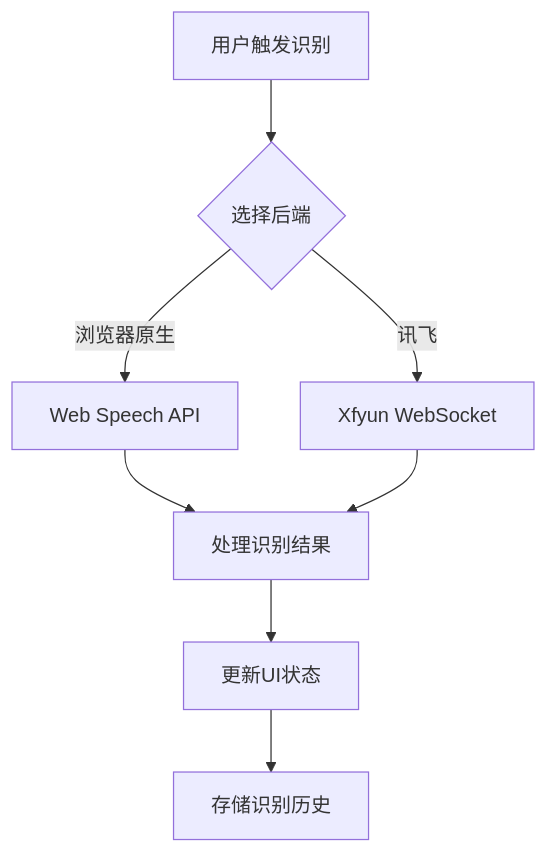
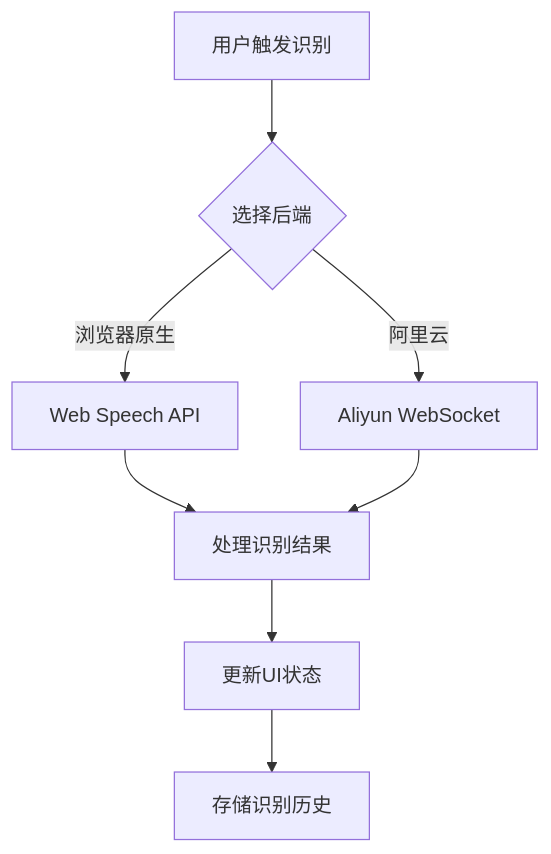
The seventh of 8 diagrams in .qoder/repowiki/zh/content/快速开始.md (db300/MySpeechRecognition), drawn with Mermaid before and after one commit. The commit also changed other lines of this file and 15 other files, not shown here.

````diff
--- a/.qoder/repowiki/zh/content/快速开始.md
+++ b/.qoder/repowiki/zh/content/快速开始.md
@@ -339,10 +346,10 @@
 ```mermaid
 flowchart TD
 A[用户触发识别] --> B{选择后端}
 B --> |浏览器原生| C[Web Speech API]
-B --> |讯飞| D[Xfyun WebSocket]
+B --> |阿里云| D[Aliyun WebSocket]
 C --> E[处理识别结果]
 D --> E
 E --> F[更新UI状态]
 F --> G[存储识别历史]
 ```
````
